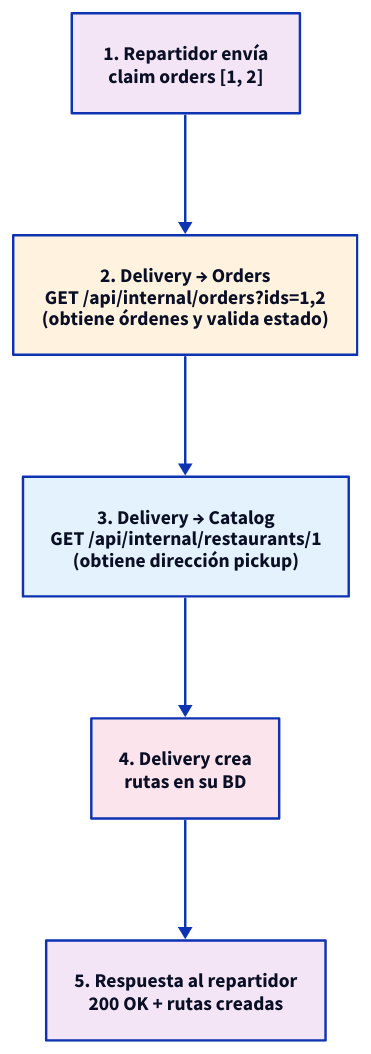
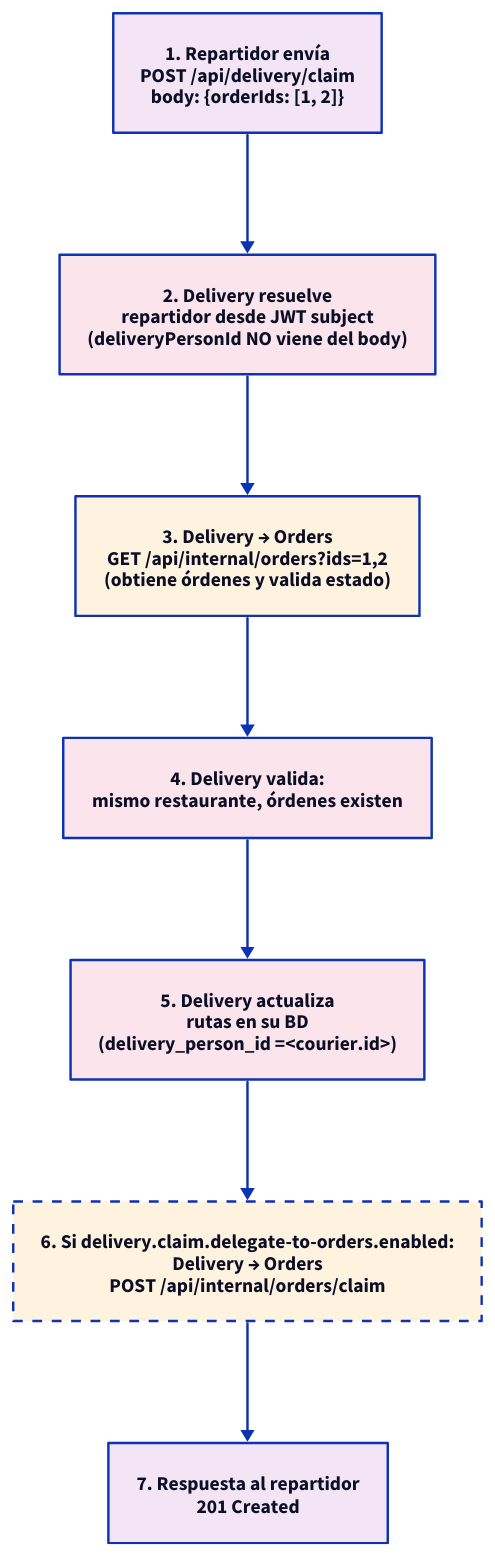
The seventh of 7 diagrams in references/migration-plan/MIGRATION_PLAN.md (GessofDev/Flashdrop), drawn with D2 before and after one commit. The commit also changed other lines of this file, not shown here.

First line of the commit message:
docs(plan): close §9.5 D8 — claim UPDATE-based with 409, FOR UPDATE, batch tx

````diff
--- a/references/migration-plan/MIGRATION_PLAN.md
+++ b/references/migration-plan/MIGRATION_PLAN.md
@@ -553,30 +555,41 @@
 ```d2
 direction: down
 
-step1: "1. Repartidor envía\nclaim orders [1, 2]" {
+step1: "1. Repartidor envía\nPOST /api/delivery/claim\nbody: {orderIds: [1, 2]}" {
   shape: rectangle
   style.fill: "#f3e5f5"
 }
 
-step2: "2. Delivery → Orders\nGET /api/internal/orders?ids=1,2\n(obtiene órdenes y valida estado)" {
+step2: "2. Delivery resuelve\nrepartidor desde JWT subject\n(deliveryPersonId NO viene del body)" {
+  shape: rectangle
+  style.fill: "#fce4ec"
+}
+
+step3: "3. Delivery → Orders\nGET /api/internal/orders?ids=1,2\n(obtiene órdenes y valida estado)" {
   shape: rectangle
   style.fill: "#fff3e0"
 }
 
-step3: "3. Delivery → Catalog\nGET /api/internal/restaurants/1\n(obtiene dirección pickup)" {
-  shape: rectangle
-  style.fill: "#e3f2fd"
-}
-
-step4: "4. Delivery crea\nrutas en su BD" {
+step4: "4. Delivery valida:\nmismo restaurante, órdenes existen" {
   shape: rectangle
   style.fill: "#fce4ec"
 }
 
-step5: "5. Respuesta al repartidor\n200 OK + rutas creadas" {
+step5: "5. Delivery actualiza\nrutas en su BD\n(delivery_person_id =<courier.id>)" {
+  shape: rectangle
+  style.fill: "#fce4ec"
+}
+
+step6: "6. Si delivery.claim.delegate-to-orders.enabled:\nDelivery → Orders\nPOST /api/internal/orders/claim" {
+  shape: rectangle
+  style.fill: "#fff3e0"
+  style.stroke-dash: 4
+}
+
+step7: "7. Respuesta al repartidor\n201 Created" {
   shape: rectangle
   style.fill: "#f3e5f5"
 }
 
-step1 -> step2 -> step3 -> step4 -> step5
+step1 -> step2 -> step3 -> step4 -> step5 -> step6 -> step7
 ```
````
